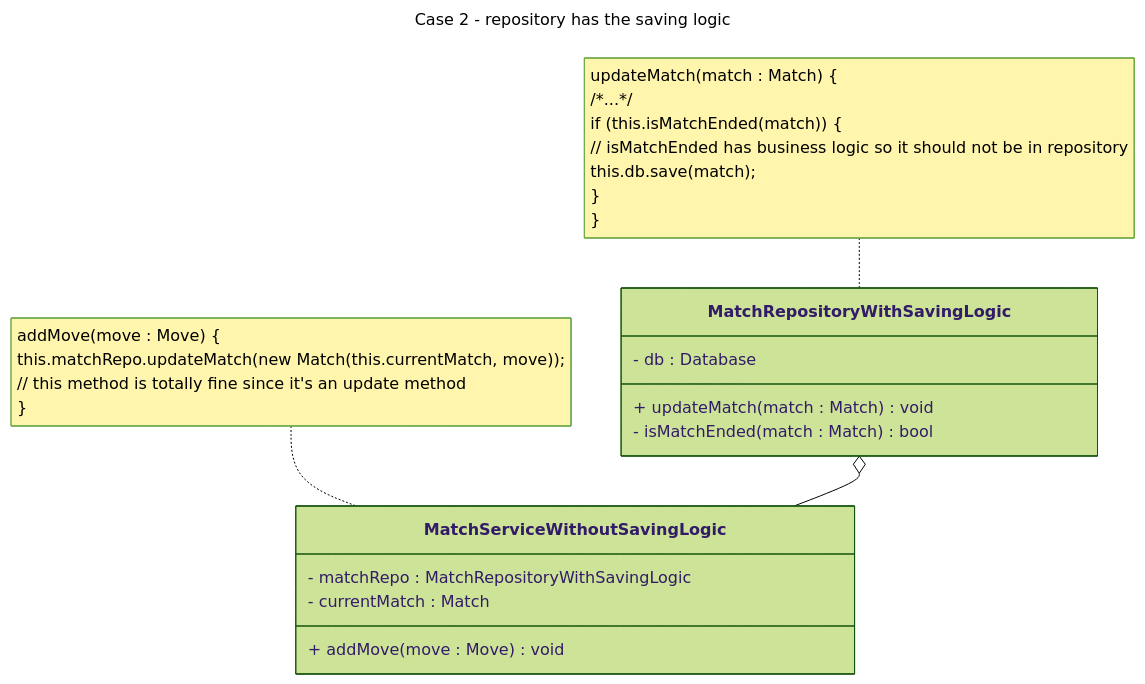
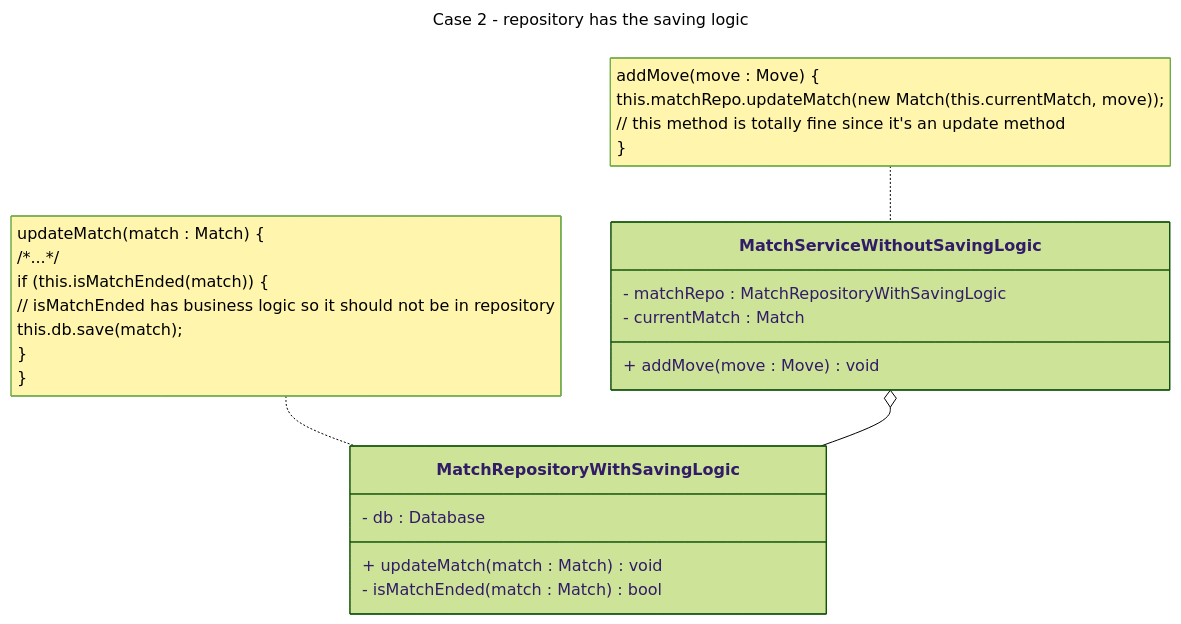
The third of 4 diagrams in docs/uml/CiattoQuestion.md (AndreaB2000/ASW-project), drawn with Mermaid (forest theme) before and after one commit. The commit also changed other lines of this file, not shown here.

Commit message:
docs(uml): update ciatto question with correct composition arrows directions

````diff
--- a/docs/uml/CiattoQuestion.md
+++ b/docs/uml/CiattoQuestion.md
@@ -42,33 +42,33 @@
 ```mermaid
 ---
 title: Case 2 - repository has the saving logic
 ---
 
 classDiagram
     class MatchServiceWithoutSavingLogic {
         - matchRepo : MatchRepositoryWithSavingLogic
         - currentMatch : Match
         + addMove(move : Move) void
     }
 
     note for MatchServiceWithoutSavingLogic "addMove(move : Move) {
         this.matchRepo.updateMatch(new Match(this.currentMatch, move));
         // this method is totally fine since it's an update method
     }"
 
     class MatchRepositoryWithSavingLogic {
         - db : Database
         + updateMatch(match : Match) void
         - isMatchEnded(match : Match) bool
     }
 
     note for MatchRepositoryWithSavingLogic "updateMatch(match : Match) {
         /\*...\*/
         if (this.isMatchEnded(match)) {
             // isMatchEnded has business logic so it should not be in repository
             this.db.save(match);
         }
     }"
 
-    MatchRepositoryWithSavingLogic o-- MatchServiceWithoutSavingLogic
+    MatchServiceWithoutSavingLogic o-- MatchRepositoryWithSavingLogic
 ```
````
